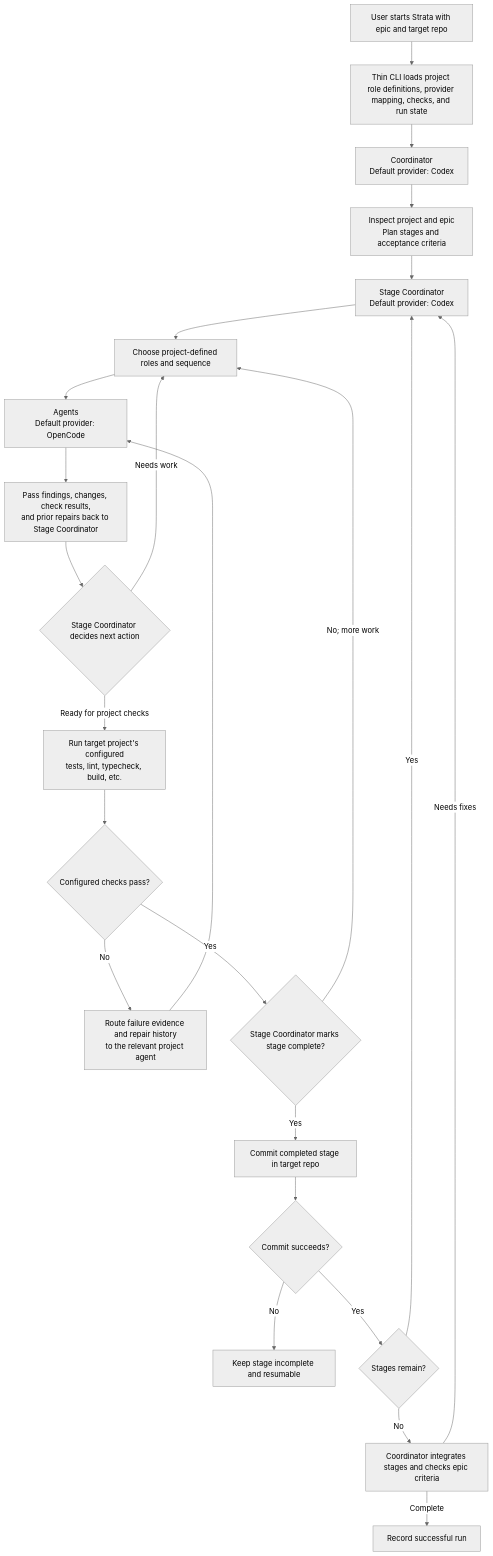
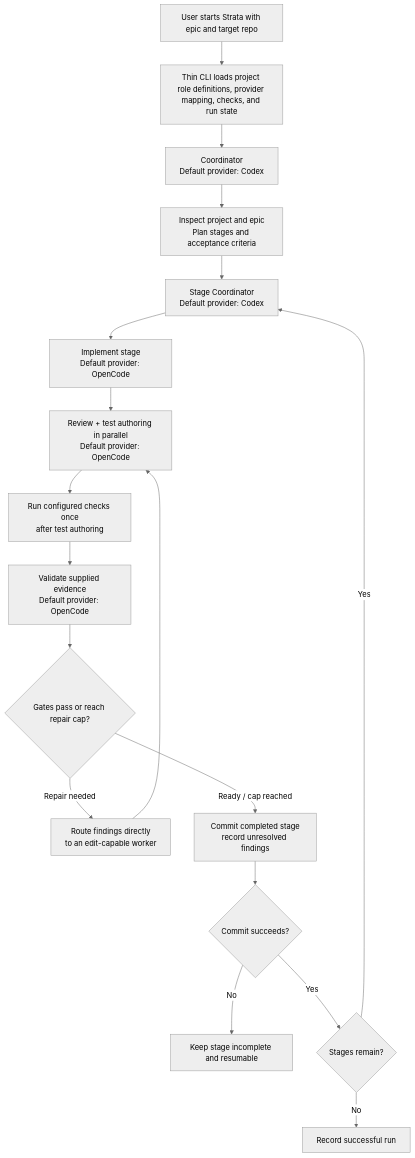
Before and after one commit to lethinhhung/strata: the diagram in specs/diagram.md, drawn with Mermaid (neutral theme). The commit also changed other lines of this file and 42 other files, not shown here.

````diff
--- a/specs/diagram.md
+++ b/specs/diagram.md
@@ -5,26 +5,20 @@
 ```mermaid
 flowchart TD
     U[User starts Strata with epic and target repo] --> CLI[Thin CLI loads project role definitions, provider mapping, checks, and run state]
     CLI --> COORD[Coordinator<br/>Default provider: Codex]
     COORD --> PLAN[Inspect project and epic<br/>Plan stages and acceptance criteria]
     PLAN --> STAGE[Stage Coordinator<br/>Default provider: Codex]
-    STAGE --> DELEGATE[Choose project-defined roles and sequence]
-    DELEGATE --> AGENTS[Agents<br/>Default provider: OpenCode]
-    AGENTS --> REPORT[Pass findings, changes, check results,<br/>and prior repairs back to Stage Coordinator]
-    REPORT --> DECIDE{Stage Coordinator decides next action}
-    DECIDE -->|Needs work| DELEGATE
-    DECIDE -->|Ready for project checks| CHECKS[Run target project's configured<br/>tests, lint, typecheck, build, etc.]
-    CHECKS --> PASS{Configured checks pass?}
-    PASS -->|No| REPAIR[Route failure evidence and repair history<br/>to the relevant project agent]
-    REPAIR --> AGENTS
-    PASS -->|Yes| COMPLETE{Stage Coordinator marks stage complete?}
-    COMPLETE -->|No; more work| DELEGATE
-    COMPLETE -->|Yes| COMMIT[Commit completed stage in target repo]
+    STAGE --> BUILD[Implement stage<br/>Default provider: OpenCode]
+    BUILD --> GATES[Review + test authoring in parallel<br/>Default provider: OpenCode]
+    GATES --> CHECKS[Run configured checks once<br/>after test authoring]
+    CHECKS --> VALIDATE[Validate supplied evidence<br/>Default provider: OpenCode]
+    VALIDATE --> PASS{Gates pass or reach repair cap?}
+    PASS -->|Repair needed| REPAIR[Route findings directly<br/>to an edit-capable worker]
+    REPAIR --> GATES
+    PASS -->|Ready / cap reached| COMMIT[Commit completed stage<br/>record unresolved findings]
     COMMIT --> COMMITOK{Commit succeeds?}
     COMMITOK -->|No| RESUME[Keep stage incomplete and resumable]
     COMMITOK -->|Yes| NEXT{Stages remain?}
     NEXT -->|Yes| STAGE
-    NEXT -->|No| FINAL[Coordinator integrates stages and checks epic criteria]
-    FINAL -->|Needs fixes| STAGE
-    FINAL -->|Complete| DONE[Record successful run]
+    NEXT -->|No| DONE[Record successful run]
 ```
````
